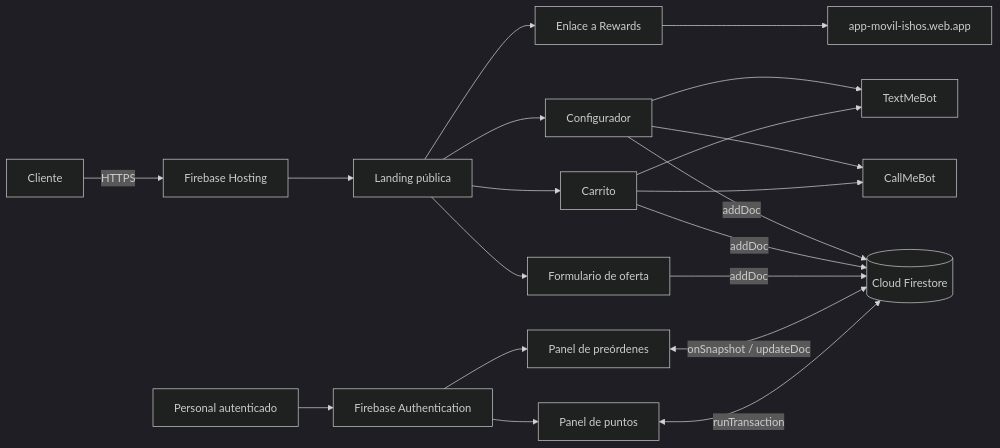
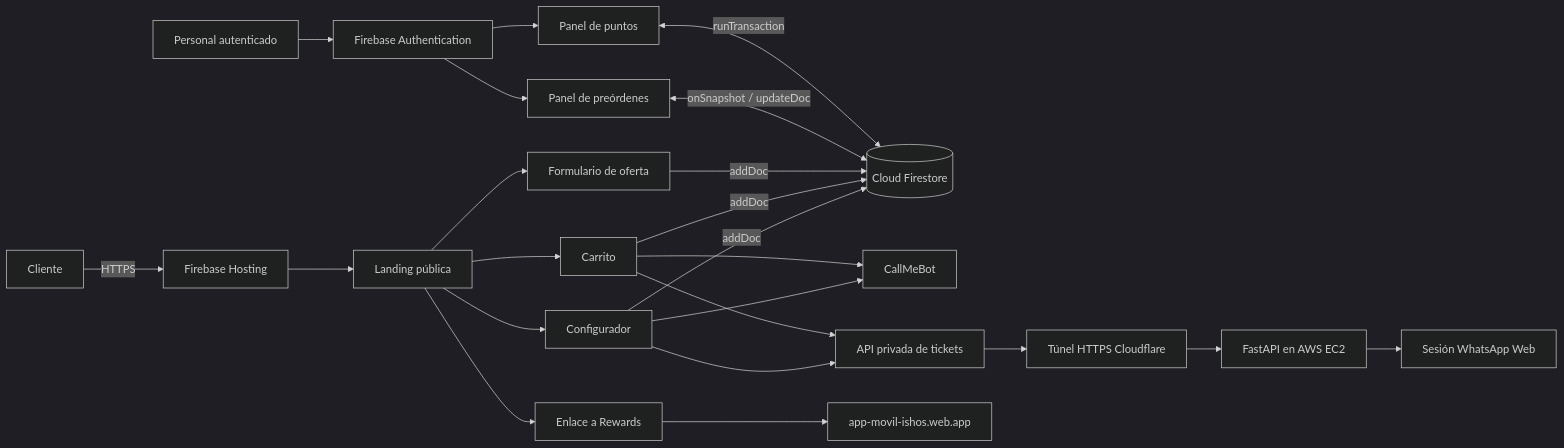
The first of 4 diagrams in docs/ARQUITECTURA.md (KevinMT5/ishos-prototipo), drawn with Mermaid (dark theme) before and after one commit. The commit also changed other lines of this file and 6 other files, not shown here.

````diff
--- a/docs/ARQUITECTURA.md
+++ b/docs/ARQUITECTURA.md
@@ -26,26 +26,29 @@
 ```mermaid
 flowchart LR
     C[Cliente] -->|HTTPS| H[Firebase Hosting]
     H --> L[Landing pública]
     L --> CFG[Configurador]
     L --> CART[Carrito]
     L --> LEAD[Formulario de oferta]
     L --> RW[Enlace a Rewards]
 
     CFG -->|addDoc| F[(Cloud Firestore)]
     CART -->|addDoc| F
     LEAD -->|addDoc| F
 
     CFG --> WA1[CallMeBot]
-    CFG --> WA2[TextMeBot]
+    CFG --> T[API privada de tickets]
     CART --> WA1
-    CART --> WA2
+    CART --> T
+    T --> CF[Túnel HTTPS Cloudflare]
+    CF --> AWS[FastAPI en AWS EC2]
+    AWS --> WAWEB[Sesión WhatsApp Web]
 
     STAFF[Personal autenticado] --> AUTH[Firebase Authentication]
     AUTH --> OPS[Panel de preórdenes]
     AUTH --> PTS[Panel de puntos]
     OPS <-->|onSnapshot / updateDoc| F
     PTS <-->|runTransaction| F
 
     RW --> APP[app-movil-ishos.web.app]
 ```
````
